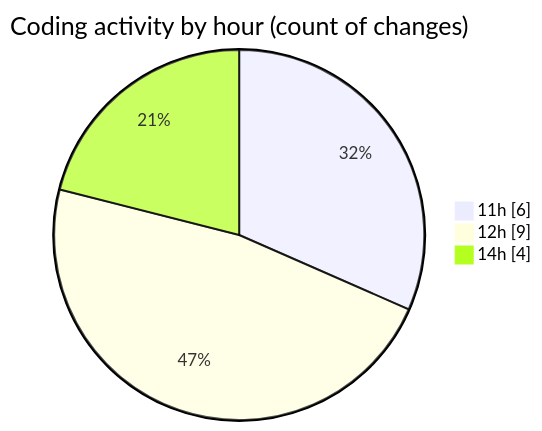
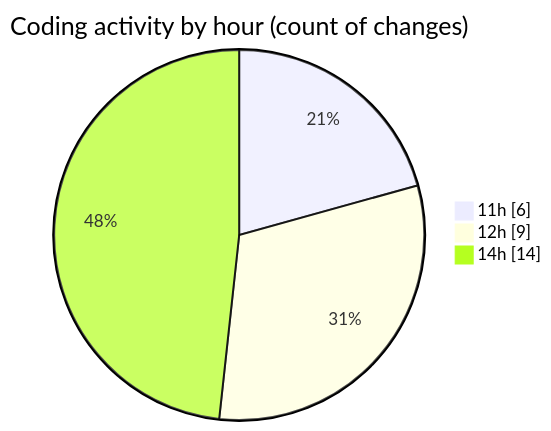
One commit to debugP/code-tracking changed the second of 2 diagrams in 2025-10-17/untitled__workspace_/README.md. Above: the diagram before and after it, drawn with Mermaid. The commit also changed other lines of this file and 1 other file, not shown here.

````diff
--- a/2025-10-17/untitled__workspace_/README.md
+++ b/2025-10-17/untitled__workspace_/README.md
@@ -32,7 +32,7 @@
 ```mermaid
 pie showData
 title Coding activity by hour (count of changes)
 "11h" : 6
 "12h" : 9
-"14h" : 4
+"14h" : 14
 ```
````
